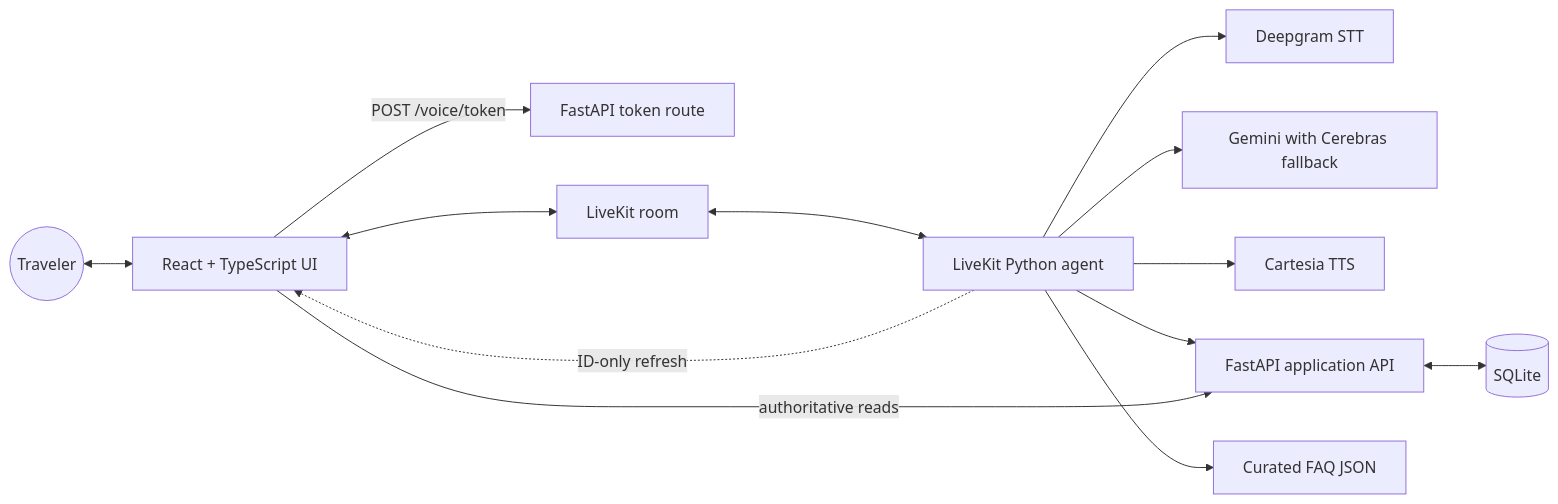
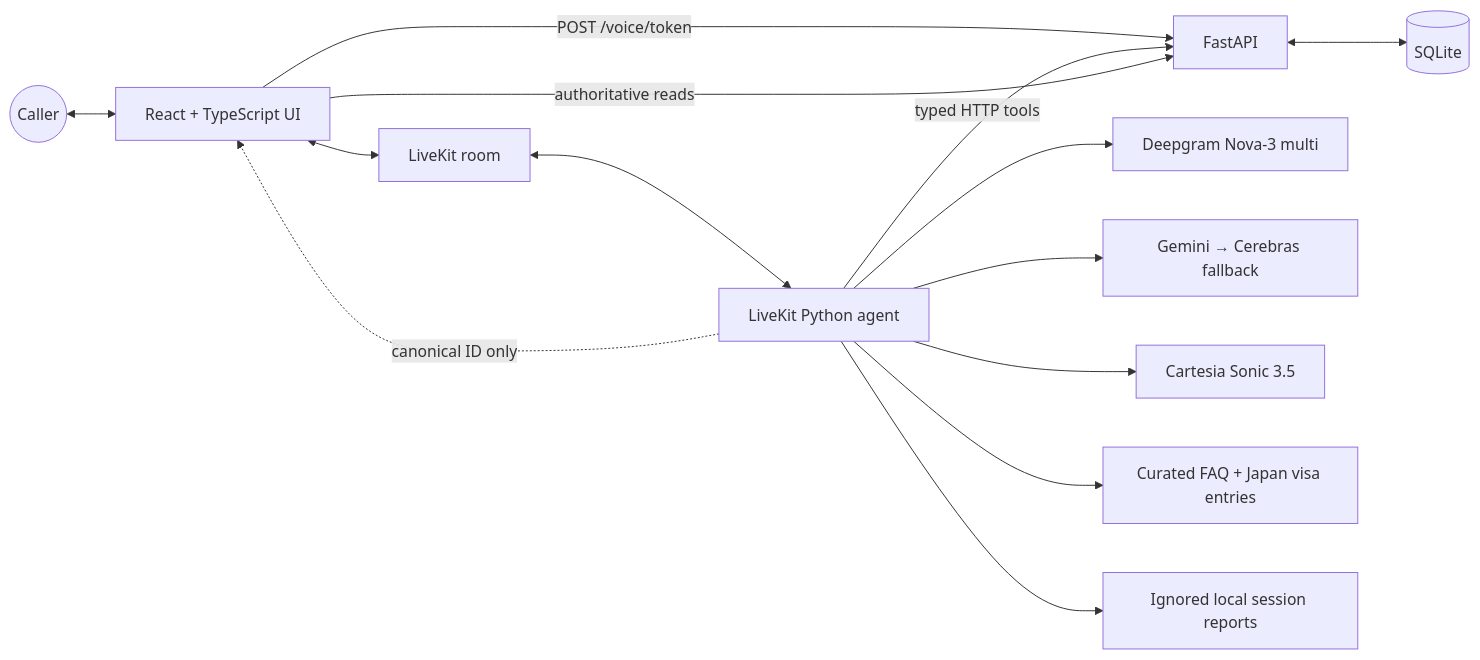
The diagram in README.md (Parth-Bisht-227/waypoint-voice-ai), drawn with Mermaid before and after one commit. The commit also changed other lines of this file and 6 other files, not shown here.

````diff
--- a/README.md
+++ b/README.md
@@ -47,15 +50,16 @@
-```mermaid
+~~~mermaid
 flowchart LR
-    User((Traveler)) <--> UI[React + TypeScript UI]
-    UI -->|POST /voice/token| Token[FastAPI token route]
+    Caller((Caller)) <--> UI[React + TypeScript UI]
+    UI -->|POST /voice/token| API[FastAPI]
     UI <--> LK[LiveKit room]
     LK <--> Agent[LiveKit Python agent]
-    Agent --> STT[Deepgram STT]
-    Agent --> LLM[Gemini with Cerebras fallback]
-    Agent --> TTS[Cartesia TTS]
-    Agent --> API[FastAPI application API]
+    Agent --> STT[Deepgram Nova-3 multi]
+    Agent --> LLM[Gemini → Cerebras fallback]
+    Agent --> TTS[Cartesia Sonic 3.5]
+    Agent -->|typed HTTP tools| API
     UI -->|authoritative reads| API
     API <--> DB[(SQLite)]
-    Agent --> FAQ[Curated FAQ JSON]
-    Agent -. ID-only refresh .-> UI
-```
+    Agent --> FAQ[Curated FAQ + Japan visa entries]
+    Agent -. canonical ID only .-> UI
+    Agent --> Reports[Ignored local session reports]
+~~~
````
